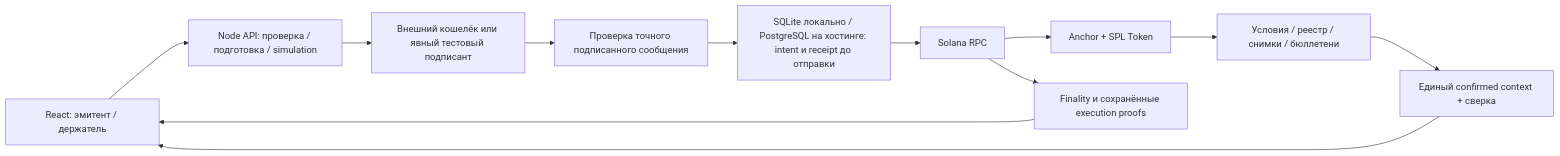
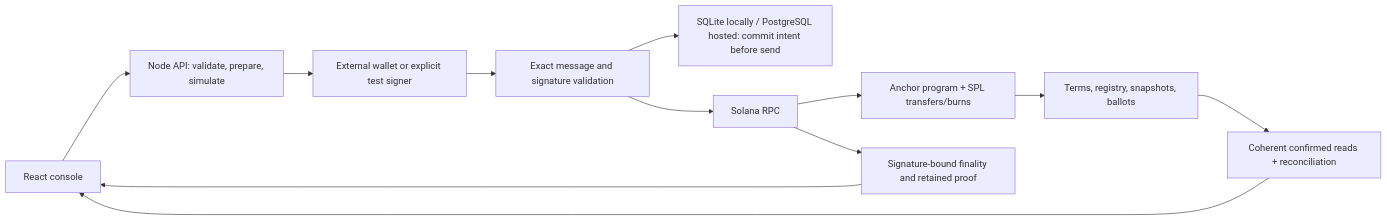
One commit to dimik98330/solana-worldsfair-2026 changed the diagram in README.ru.md. Above: the diagram before and after it, drawn with Mermaid. The commit also changed other lines of this file and 40 other files, not shown here.

````diff
--- a/README.ru.md
+++ b/README.ru.md
@@ -135,14 +83,14 @@
 ```mermaid
 flowchart LR
-  UI[React: эмитент / держатель] --> API[Node API: проверка / подготовка / simulation]
-  API --> Wallet[Внешний кошелёк или явный тестовый подписант]
-  Wallet --> Relay[Проверка точного подписанного сообщения]
-  Relay --> Journal[SQLite локально / PostgreSQL на хостинге: intent и receipt до отправки]
-  Journal --> RPC[Solana RPC]
-  RPC --> Program[Anchor + SPL Token]
-  Program --> Accounts[Условия / реестр / снимки / бюллетени]
-  Accounts --> Read[Единый confirmed context + сверка]
+  UI[React console] --> API[Node API: validate, prepare, simulate]
+  API --> Wallet[External wallet or explicit test signer]
+  Wallet --> Relay[Exact message and signature validation]
+  Relay --> Journal[SQLite locally / PostgreSQL hosted: commit intent before send]
+  Relay --> RPC[Solana RPC]
+  RPC --> Program[Anchor program + SPL transfers/burns]
+  Program --> Accounts[Terms, registry, snapshots, ballots]
+  Accounts --> Read[Coherent confirmed reads + reconciliation]
   Read --> UI
-  RPC --> Proof[Finality и сохранённые execution proofs]
+  RPC --> Proof[Signature-bound finality and retained proof]
   Proof --> UI
 ```
````
